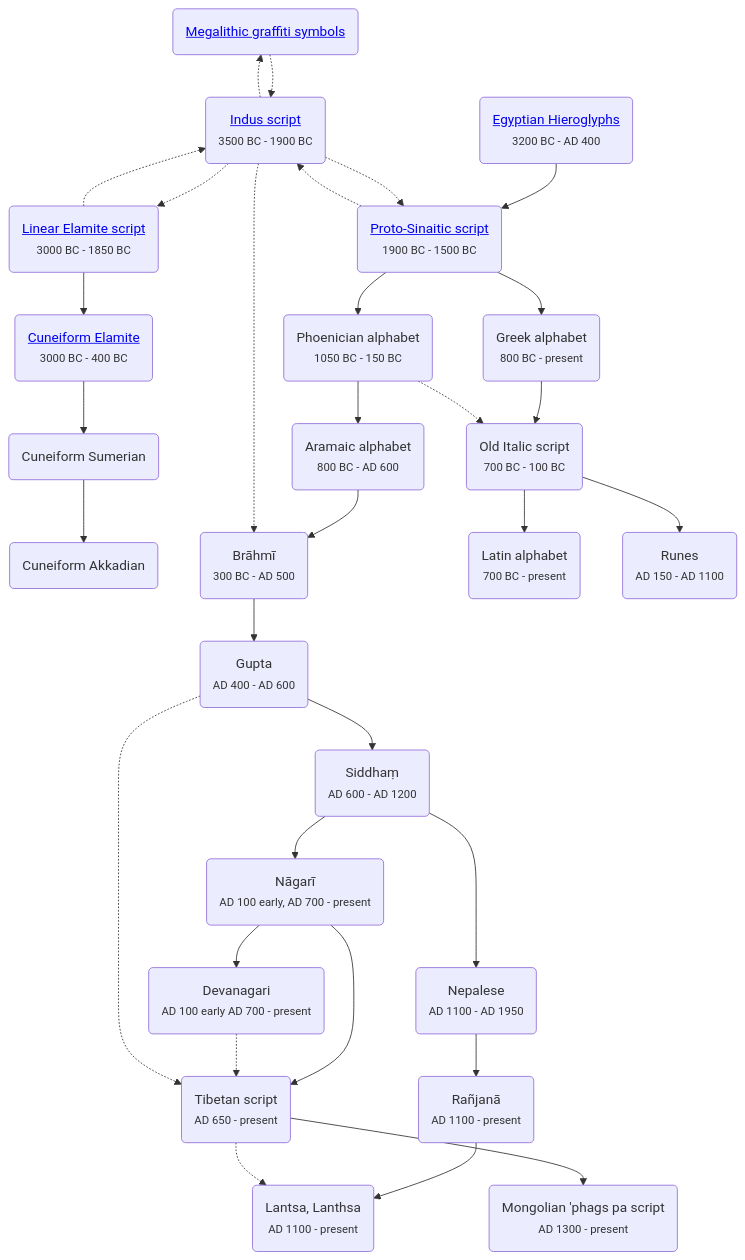
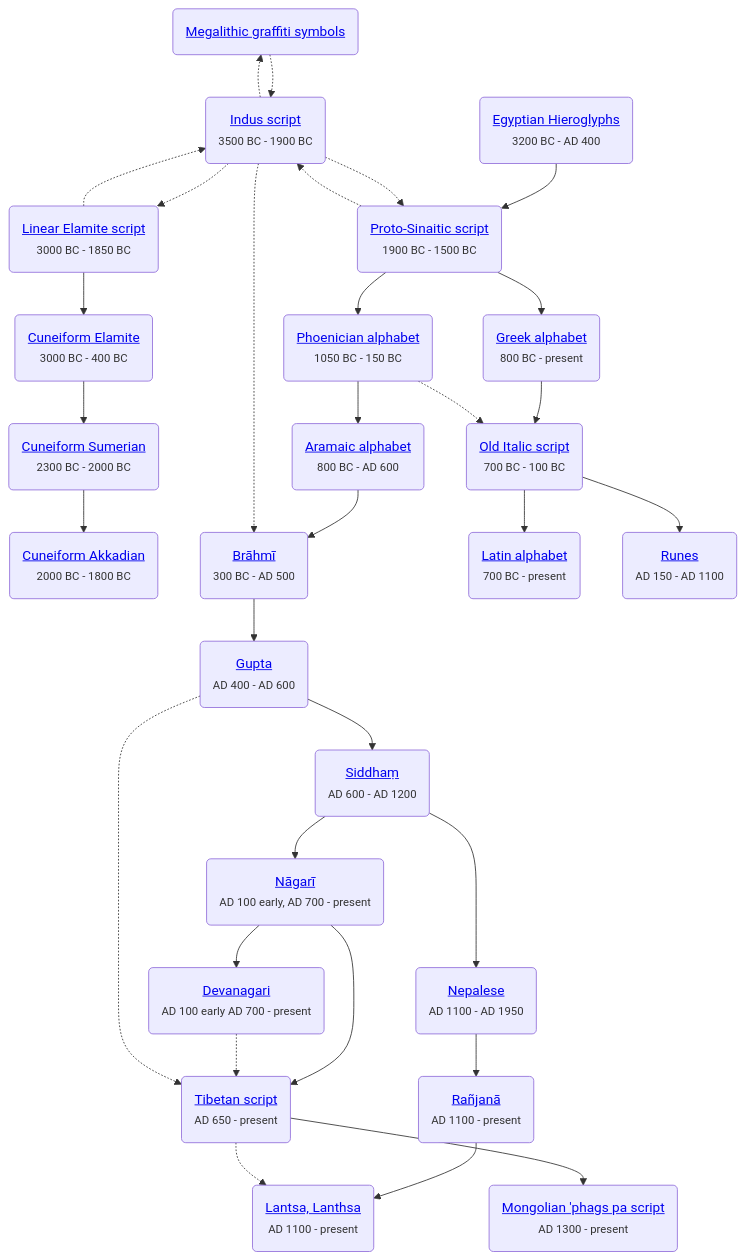
One commit to DigitalTibetan/DigitalTibetan changed the first of 4 diagrams in docs/tibetan_script_history.md. Above: the diagram before and after it, drawn with Mermaid.

Commit message:
fully linked script-history-tree

````diff
--- a/docs/tibetan_script_history.md
+++ b/docs/tibetan_script_history.md
@@ -85,35 +85,35 @@
 ```{mermaid}
 graph TD;  
 BA(<a href='https://en.wikipedia.org/wiki/Megalithic_graffiti_symbols'>Megalithic graffiti symbols</a>)-.->BB(<a href='https://en.wikipedia.org/wiki/Indus_script'>Indus script</a><br><small>3500 BC - 1900 BC<small/>);
 
 CA(<a href='https://en.wikipedia.org/wiki/Linear_Elamite'>Linear Elamite script</a><br><small>3000 BC - 1850 BC</small>)-->CB(<a href='https://en.wikipedia.org/wiki/Elamite_cuneiform'>Cuneiform Elamite</a><br><small>3000 BC - 400 BC</small>);
-CB-->CD(Cuneiform Sumerian);
-CD-->CE(Cuneiform Akkadian);
+CB-->CD(<a href='https://en.wikipedia.org/wiki/Cuneiform#Sumero-Akkadian_cuneiform'>Cuneiform Sumerian</a><br><small>2300 BC - 2000 BC</small>);
+CD-->CE(<a href='https://en.wikipedia.org/wiki/Cuneiform#Sumero-Akkadian_cuneiform'>Cuneiform Akkadian</a><br><small>2000 BC - 1800 BC</small>);
 L0A(<a href='https://en.wikipedia.org/wiki/Egyptian_hieroglyphs'> Egyptian Hieroglyphs</a><br><small>3200 BC - AD 400</small>)-->LA(<a href='https://en.wikipedia.org/wiki/Proto-Sinaitic_script'>Proto-Sinaitic script</a><br><small>1900 BC - 1500 BC</small>);
-LA-->LB(Phoenician alphabet<br><small>1050 BC - 150 BC</small>);
-LB-->LC(Aramaic alphabet<br><small>800 BC - AD 600</small>);
-LC-->LD(Brāhmī<br><small>300 BC - AD 500</small>);
-LD-->LE(Gupta<br><small>AD 400 - AD 600</small>);
-LE-->LF(Siddhaṃ<br><small>AD 600 - AD 1200</small>);
-LF-->LF2(Nepalese<br><small>AD 1100 - AD 1950</small>);
-LF2-->LF3(Rañjanā<br><small>AD 1100 - present</small>);
-LF3-->LF4(Lantsa, Lanthsa<br><small>AD 1100 - present</small>)
-LF-->LG(Nāgarī<br><small>AD 100 early, AD 700 - present</small>);
-LG-->LH(Devanagari<br><small>AD 100 early AD 700 - present</small>);
+LA-->LB(<a href='https://en.wikipedia.org/wiki/Phoenician_alphabet'>Phoenician alphabet</a><br><small>1050 BC - 150 BC</small>);
+LB-->LC(<a href='https://en.wikipedia.org/wiki/Aramaic_alphabet'>Aramaic alphabet</a><br><small>800 BC - AD 600</small>);
+LC-->LD(<a href='https://en.wikipedia.org/wiki/Brahmi_script'>Brāhmī</a><br><small>300 BC - AD 500</small>);
+LD-->LE(<a href='https://en.wikipedia.org/wiki/Gupta_script'>Gupta</a><br><small>AD 400 - AD 600</small>);
+LE-->LF(<a href='https://en.wikipedia.org/wiki/Siddha%E1%B9%83_script'>Siddhaṃ</a><br><small>AD 600 - AD 1200</small>);
+LF-->LF2(<a href='https://en.wikipedia.org/wiki/Nepalese_scripts'>Nepalese</a><br><small>AD 1100 - AD 1950</small>);
+LF2-->LF3(<a href='https://en.wikipedia.org/wiki/Ranjana_script'>Rañjanā</a><br><small>AD 1100 - present</small>);
+LF3-->LF4(<a href='http://www.lantsha-vartu.org/'>Lantsa, Lanthsa</a><br><small>AD 1100 - present</small>)
+LF-->LG(<a href='https://en.wikipedia.org/wiki/N%C4%81gar%C4%AB_script'>Nāgarī</a><br><small>AD 100 early, AD 700 - present</small>);
+LG-->LH(<a href='https://en.wikipedia.org/wiki/Devanagari'>Devanagari</a><br><small>AD 100 early AD 700 - present</small>);
 LG-->LI;
-LH-.->LI(Tibetan script<br><small>AD 650 - present</small>);
-LA-->LK(Greek alphabet<br><small>800 BC - present</small>);
-LK-->LL(Old Italic script<br><small>700 BC - 100 BC</small>);
-LL-->LM(Latin alphabet<br><small>700 BC - present</small>);
-LL-->LN(Runes<br><small>AD 150 - AD 1100</small>);
-LI-->LI2(Mongolian 'phags pa script<br><small>AD 1300 - present</small>)
+LH-.->LI(<a href='https://en.wikipedia.org/wiki/Tibetan_script'>Tibetan script</a><br><small>AD 650 - present</small>);
+LA-->LK(<a href='https://en.wikipedia.org/wiki/Greek_alphabet'>Greek alphabet</a><br><small>800 BC - present</small>);
+LK-->LL(<a href='https://en.wikipedia.org/wiki/Old_Italic_scripts'>Old Italic script</a><br><small>700 BC - 100 BC</small>);
+LL-->LM(<a href='https://en.wikipedia.org/wiki/Latin_alphabet'>Latin alphabet</a><br><small>700 BC - present</small>);
+LL-->LN(<a href='https://en.wikipedia.org/wiki/Runes'>Runes</a><br><small>AD 150 - AD 1100</small>);
+LI-->LI2(<a href='https://en.wikipedia.org/wiki/%CA%BCPhags-pa_script'>Mongolian 'phags pa script</a><br><small>AD 1300 - present</small>)
 BB-.->LD;
 BB-.->BA;
 BB-.->CA;
 CA-.->BB;
 LB-.->LL;
 LE-.->LI;
 BB-.->LA;
 LA-.->BB;
 LI-.->LF4;
 ```
````
